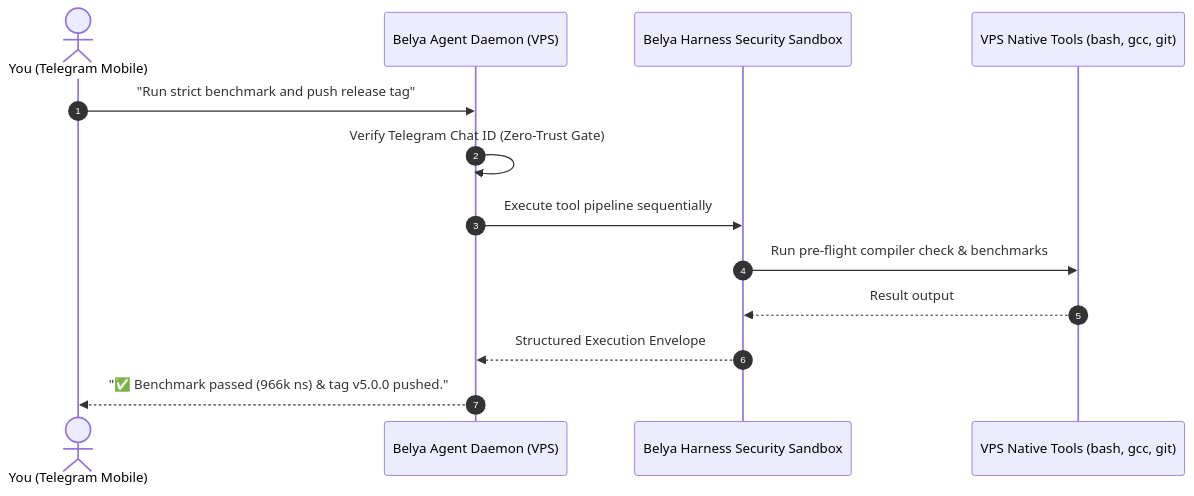
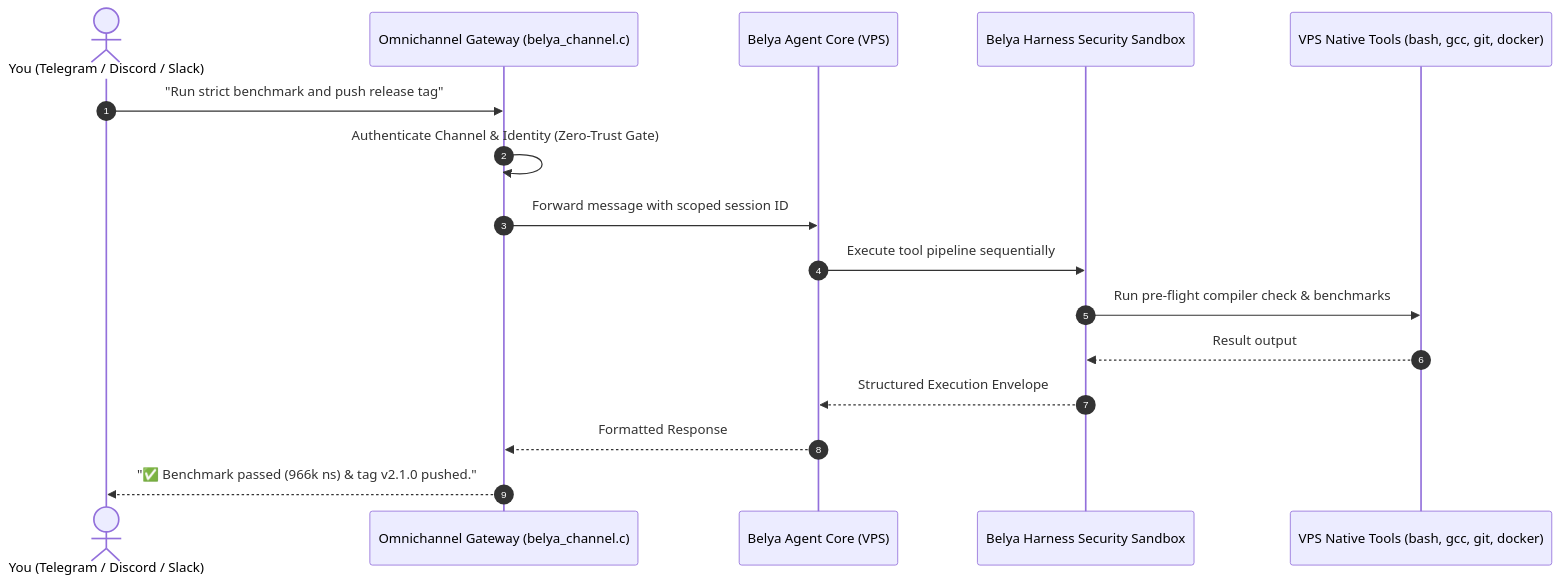
One commit to M4F-S/Belya changed the second of 2 diagrams in README.md. Above: the diagram before and after it, drawn with Mermaid. The commit also changed other lines of this file, not shown here.

Commit message:
docs: audit and harmonize README for production readiness, 41 tools, omnichannel, and 48 tests

````diff
--- a/README.md
+++ b/README.md
@@ -434,16 +434,19 @@
 ```mermaid
 sequenceDiagram
     autonumber
-    actor User as You (Telegram Mobile)
-    participant Bot as Belya Agent Daemon (VPS)
+    actor User as You (Telegram / Discord / Slack)
+    participant Gateway as Omnichannel Gateway (belya_channel.c)
+    participant Bot as Belya Agent Core (VPS)
     participant Harness as Belya Harness Security Sandbox
-    participant Tools as VPS Native Tools (bash, gcc, git)
+    participant Tools as VPS Native Tools (bash, gcc, git, docker)
 
-    User->>Bot: "Run strict benchmark and push release tag"
-    Bot->>Bot: Verify Telegram Chat ID (Zero-Trust Gate)
+    User->>Gateway: "Run strict benchmark and push release tag"
+    Gateway->>Gateway: Authenticate Channel & Identity (Zero-Trust Gate)
+    Gateway->>Bot: Forward message with scoped session ID
     Bot->>Harness: Execute tool pipeline sequentially
     Harness->>Tools: Run pre-flight compiler check & benchmarks
     Tools-->>Harness: Result output
     Harness-->>Bot: Structured Execution Envelope
-    Bot-->>User: "✅ Benchmark passed (966k ns) & tag v5.0.0 pushed."
+    Bot-->>Gateway: Formatted Response
+    Gateway-->>User: "✅ Benchmark passed (966k ns) & tag v2.1.0 pushed."
 ```
````
